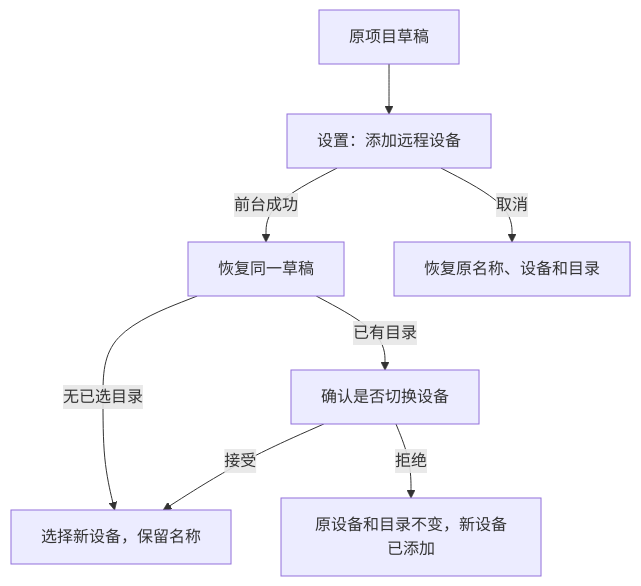
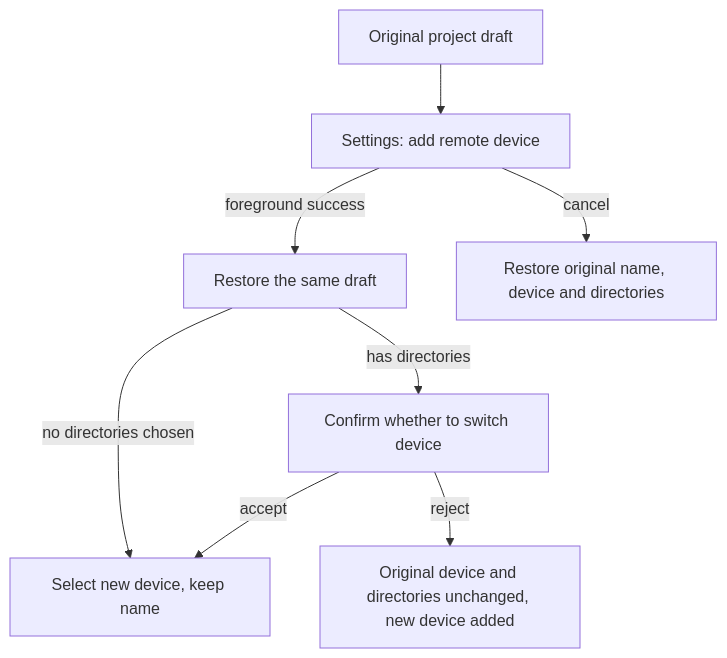
The diagram in docs/issues/remote-connection-ux/20-project-draft-settings-round-trip.md (osben/ZCode), drawn with Mermaid before and after one commit. The commit also changed other lines of this file and 30 other files, not shown here.

````diff
--- a/docs/issues/remote-connection-ux/20-project-draft-settings-round-trip.md
+++ b/docs/issues/remote-connection-ux/20-project-draft-settings-round-trip.md
@@ -16,10 +16,10 @@
 ```mermaid
 flowchart TD
-    A[原项目草稿] --> B[设置：添加远程设备]
-    B -- 前台成功 --> C[恢复同一草稿]
-    C -- 无已选目录 --> D[选择新设备，保留名称]
-    C -- 已有目录 --> E[确认是否切换设备]
-    E -- 接受 --> D
-    E -- 拒绝 --> F[原设备和目录不变，新设备已添加]
-    B -- 取消 --> G[恢复原名称、设备和目录]
+    A[Original project draft] --> B[Settings: add remote device]
+    B -- foreground success --> C[Restore the same draft]
+    C -- no directories chosen --> D[Select new device, keep name]
+    C -- has directories --> E[Confirm whether to switch device]
+    E -- accept --> D
+    E -- reject --> F[Original device and directories unchanged, new device added]
+    B -- cancel --> G[Restore original name, device and directories]
 ```
````
